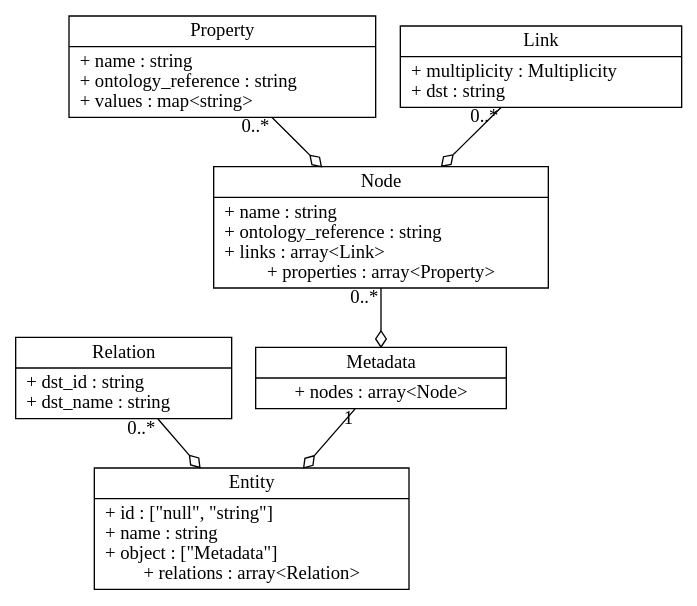
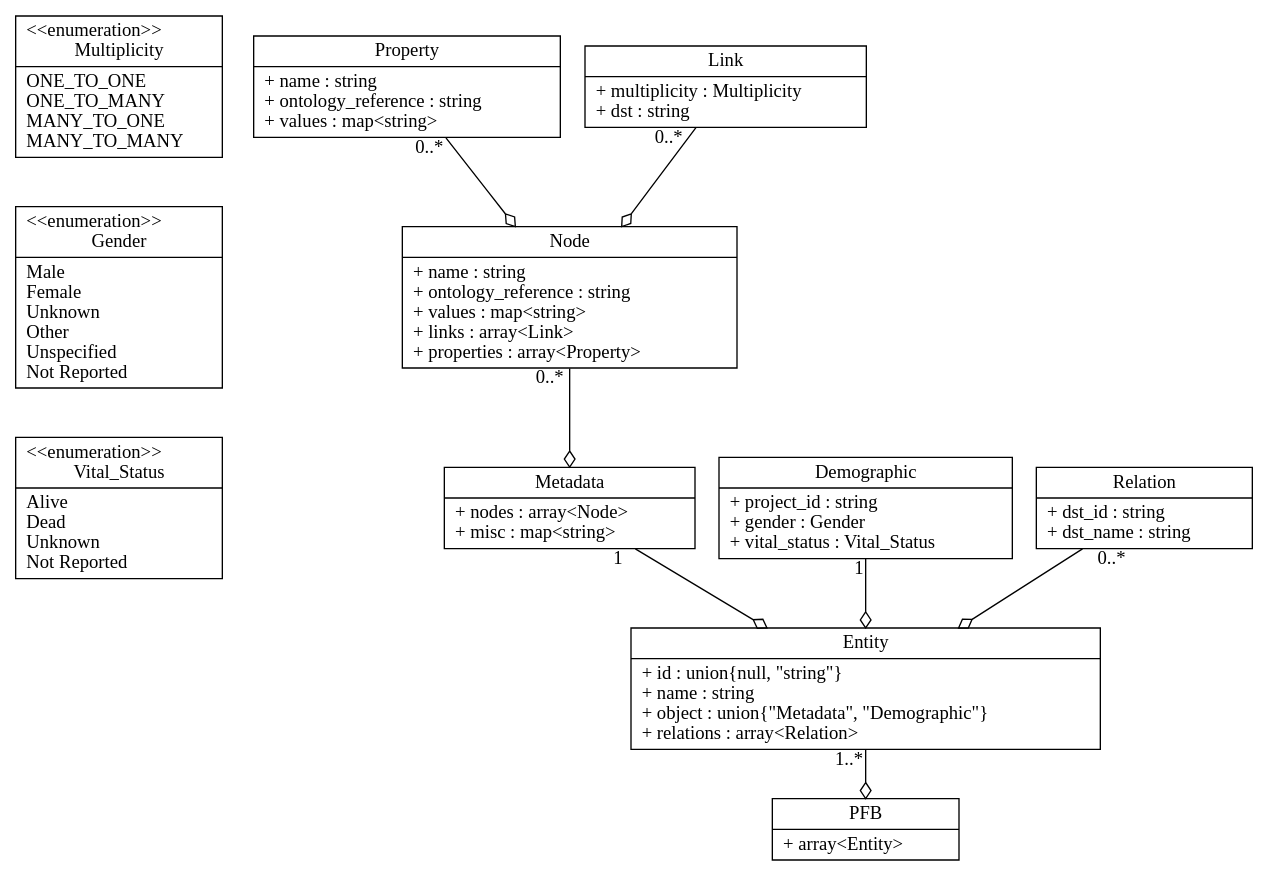
The diagram in doc/metadata.dot (uc-cdis/pypfb), drawn with Graphviz before and after one commit. The commit also changed 3 other files, not shown here.

```diff
--- a/doc/metadata.dot
+++ b/doc/metadata.dot
@@ -1,51 +1,105 @@
 digraph G {
   node [
     shape = "record"
   ]
 
-  Relation [
-    label = "{Relation|
-      + dst_id : string\l
-      + dst_name : string\l}"
+  Multiplicity [
+    label = "{\<\<enumeration\>\>\l
+      Multiplicity|
+      ONE_TO_ONE\l
+      ONE_TO_MANY\l
+      MANY_TO_ONE\l
+      MANY_TO_MANY\l}"
   ]
+
+  Gender [
+    label = "{\<\<enumeration\>\>\l
+      Gender|
+      Male\l
+      Female\l
+      Unknown\l
+      Other\l
+      Unspecified\l
+      Not Reported\l}"
+  ]
+
+  Vital_Status [
+    label = "{\<\<enumeration\>\>\l
+      Vital_Status|
+      Alive\l
+      Dead\l
+      Unknown\l
+      Not Reported\l}"
+  ]
+
+  Multiplicity -> Gender[style=invis];
+  Gender -> Vital_Status[style=invis];
+
+//  { Multiplicity; Vital_Status; Gender } -> Property[style=invis];
+//  Gender -> Vital_Status[style=invis];
+//  Vital_Status -> Demographic[style=invis];
+//  { Gender; Vital_Status } -> Demographic[style=invis];
 
   Property [
     label = "{Property|
       + name : string\l
       + ontology_reference : string\l
       + values : map\<string\>\l}"
   ]
 
   Link [
     label = "{Link|
       + multiplicity : Multiplicity\l
       + dst : string\l}"
   ]
 
   "Node" [
     label = "{Node|
       + name : string\l
       + ontology_reference : string\l
+      + values : map\<string\>\l
       + links : array\<Link\>\l
-      + properties : array\<Property\>}"
+      + properties : array\<Property\>\l}"
   ]
 
+//  Multiplicity -> Link[style=invis];
   Metadata [
     label = "{Metadata|
-      + nodes : array\<Node\>}"
+      + nodes : array\<Node\>\l
+      + misc : map\<string\>\l}"
+  ]
+
+  Demographic [
+    label = "{Demographic|
+      + project_id : string\l
+      + gender : Gender\l
+      + vital_status : Vital_Status\l}"
+  ]
+
+  Relation [
+    label = "{Relation|
+      + dst_id : string\l
+      + dst_name : string\l}"
   ]
 
   Entity [
     label = "{Entity|
-      + id : [\"null\", \"string\"]\l
+      + id : union\{null, \"string\"\}\l
       + name : string\l
-      + object : [\"Metadata\"]\l
-      + relations : array\<Relation\>}"
+      + object : union\{\"Metadata\", \"Demographic\"\}\l
+      + relations : array\<Relation\>\l}"
+  ]
+
+  PFB [
+    label = "{PFB|
+      + array\<Entity\>\l}"
   ]
 
   Property -> "Node"[taillabel = "0..*",arrowhead = "odiamond"]
-  Link -> "Node"[taillabel = "0..*",arrowhead = "odiamond"]
-  "Node" -> Metadata[taillabel = "0..*",arrowhead = "odiamond"]
-  Metadata -> Entity[taillabel = "1",arrowhead = "odiamond"]
-  Relation -> Entity[taillabel = "0..*",arrowhead = "odiamond"]
+  Link -> "Node"[taillabel = "0..*  ",arrowhead = "odiamond"]
+  "Node" -> Metadata[taillabel = "0..* ",arrowhead = "odiamond"]
+  Demographic -> Entity[taillabel = "1",arrowhead = "odiamond"]
+  Metadata -> Entity[taillabel = "1  ",arrowhead = "odiamond"]
+  Relation -> Entity[taillabel = "  0..*      ",arrowhead = "odiamond"]
+  Entity -> PFB[taillabel = "1..*",arrowhead = "odiamond"]
 }
```
